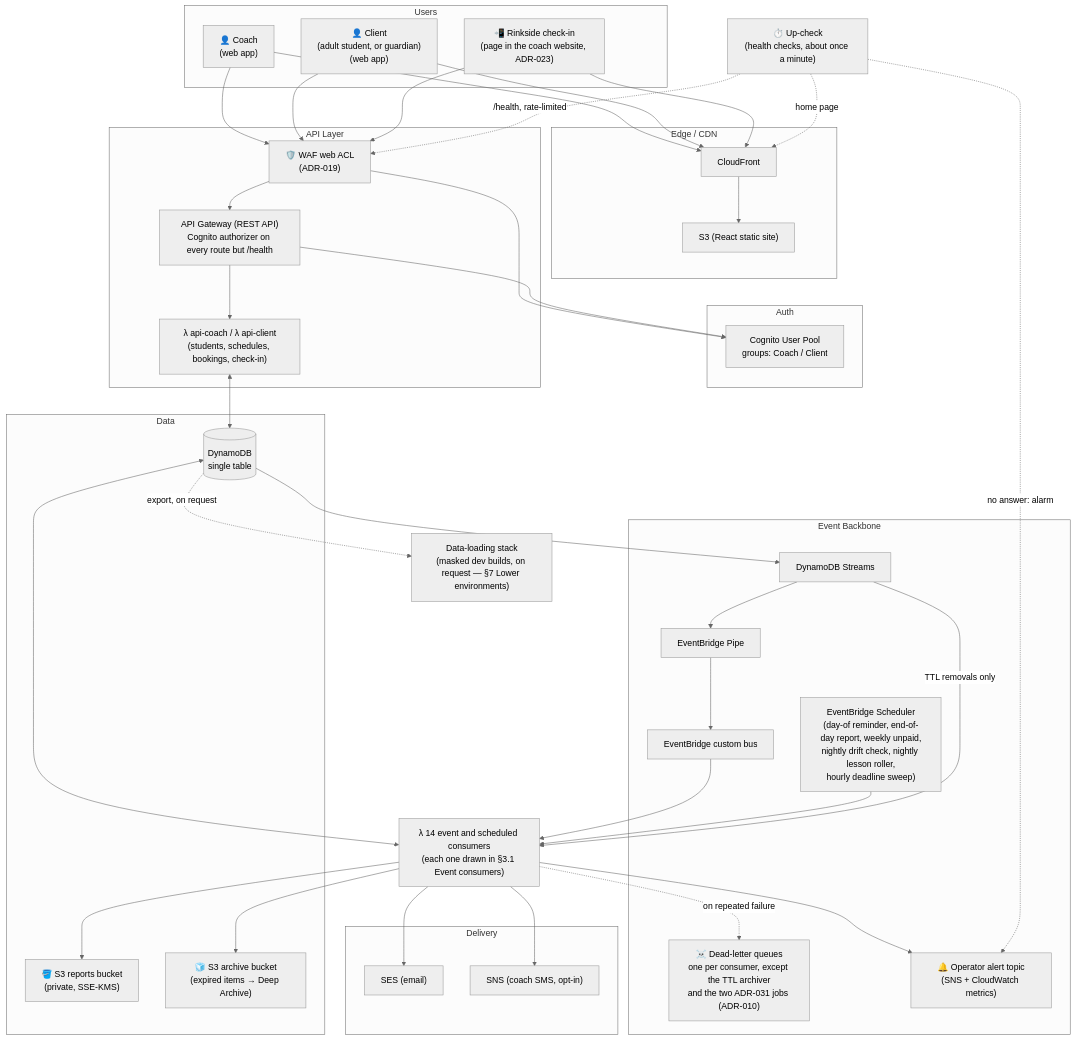
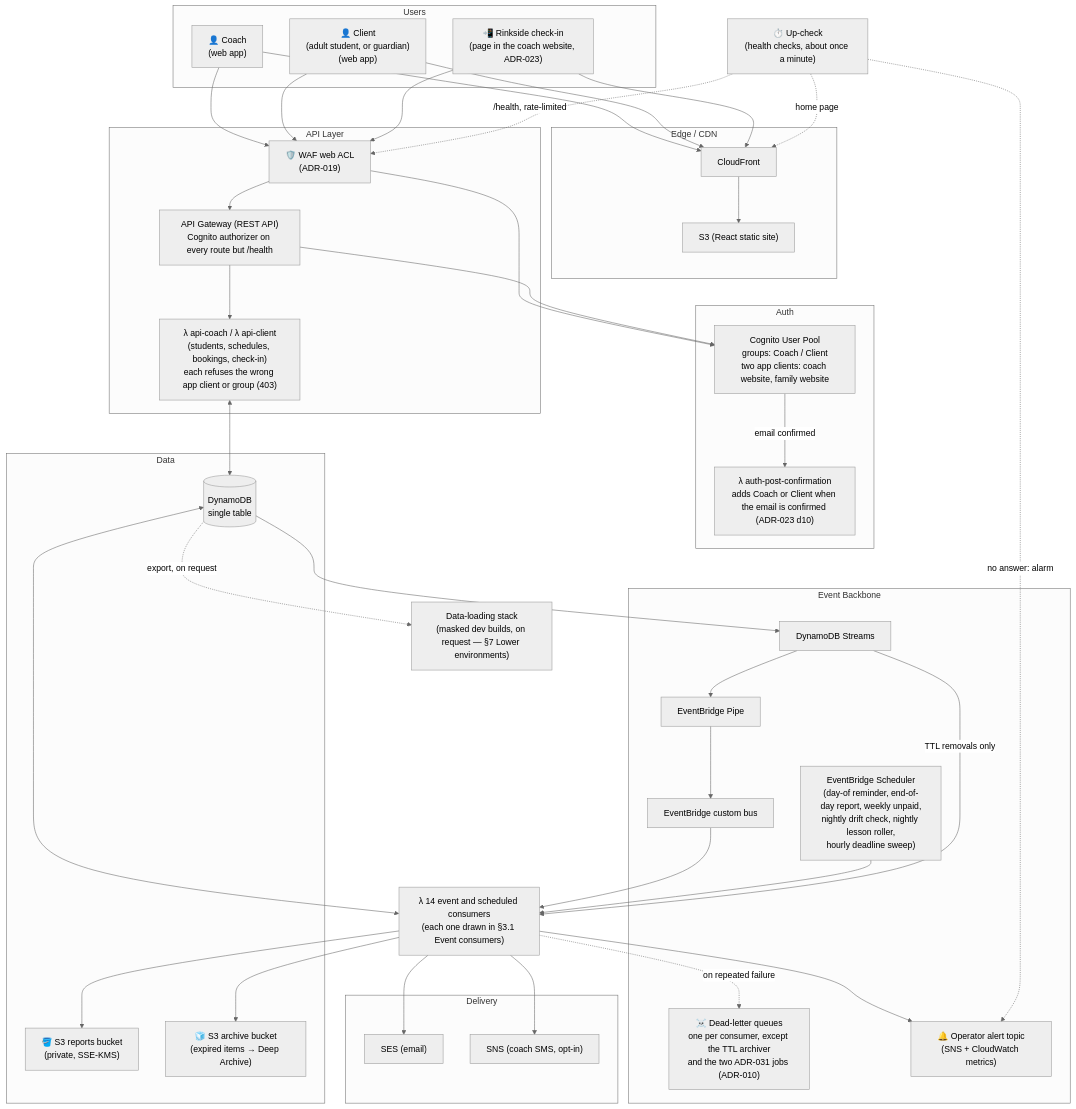
The first of 29 diagrams in docs/architecture.md (jessicamvega6/bladebook), drawn with Mermaid (neutral theme) before and after one commit. The commit also changed other lines of this file and 12 other files, not shown here.

First line of the commit message:
Give each new account its group when its email is confirmed

````diff
--- a/docs/architecture.md
+++ b/docs/architecture.md
@@ -83,77 +83,79 @@
 ```mermaid
 flowchart TB
     subgraph Users
         Coach["👤 Coach<br/>(web app)"]
         Client["👤 Client<br/>(adult student, or guardian)<br/>(web app)"]
         CheckIn["📲 Rinkside check-in<br/>(page in the coach website, ADR-023)"]
     end
 
     subgraph Edge["Edge / CDN"]
         CF["CloudFront"]
         S3["S3 (React static site)"]
     end
 
     subgraph Auth
-        Cognito["Cognito User Pool<br/>groups: Coach / Client"]
+        Cognito["Cognito User Pool<br/>groups: Coach / Client<br/>two app clients: coach website, family website"]
+        L_Group["λ auth-post-confirmation<br/>adds Coach or Client when the email is confirmed (ADR-023 d10)"]
     end
 
     subgraph API["API Layer"]
         WAF["🛡️ WAF web ACL<br/>(ADR-019)"]
         APIGW["API Gateway (REST API)<br/>Cognito authorizer on every route but /health"]
-        L_Api["λ api-coach / λ api-client<br/>(students, schedules, bookings, check-in)"]
+        L_Api["λ api-coach / λ api-client<br/>(students, schedules, bookings, check-in)<br/>each refuses the wrong app client or group (403)"]
     end
 
     subgraph Events["Event Backbone"]
         Stream["DynamoDB Streams"]
         Pipe["EventBridge Pipe"]
         Bus["EventBridge custom bus"]
         Sched["EventBridge Scheduler<br/>(day-of reminder, end-of-day report, weekly unpaid,<br/>nightly drift check, nightly lesson roller,<br/>hourly deadline sweep)"]
         DLQ["☠️ Dead-letter queues<br/>one per consumer, except the TTL archiver<br/>and the two ADR-031 jobs (ADR-010)"]
         Alerts["🔔 Operator alert topic<br/>(SNS + CloudWatch metrics)"]
     end
 
     UpCheck["⏱️ Up-check<br/>(health checks, about once a minute)"]
 
     Consumers["λ 14 event and scheduled consumers<br/>(each one drawn in §3.1 Event consumers)"]
 
     subgraph Data
         DDB[("DynamoDB<br/>single table")]
         Reports["🪣 S3 reports bucket<br/>(private, SSE-KMS)"]
         Archive["🧊 S3 archive bucket<br/>(expired items → Deep Archive)"]
     end
 
     DataLoadRef["Data-loading stack<br/>(masked dev builds, on request — §7 Lower environments)"]
 
     subgraph Notify["Delivery"]
         SES["SES (email)"]
         SNS["SNS (coach SMS, opt-in)"]
     end
 
     Coach --> CF
     Client --> CF
     CheckIn --> CF
     CF --> S3
     Coach & Client & CheckIn --> WAF
     WAF --> Cognito
     WAF --> APIGW
     APIGW --> Cognito
+    Cognito -->|email confirmed| L_Group
     APIGW --> L_Api
     L_Api <--> DDB
 
     DDB --> Stream --> Pipe --> Bus
     Bus --> Consumers
     Sched --> Consumers
     Stream -->|TTL removals only| Consumers
     Consumers <--> DDB
     Consumers --> SES & SNS
     Consumers --> Reports
     Consumers --> Archive
     Consumers --> Alerts
     Consumers -.->|on repeated failure| DLQ
 
     DDB -.->|export, on request| DataLoadRef
 
     UpCheck -.->|home page| CF
     UpCheck -.->|/health, rate-limited| WAF
     UpCheck -.->|no answer: alarm| Alerts
 ```
````
